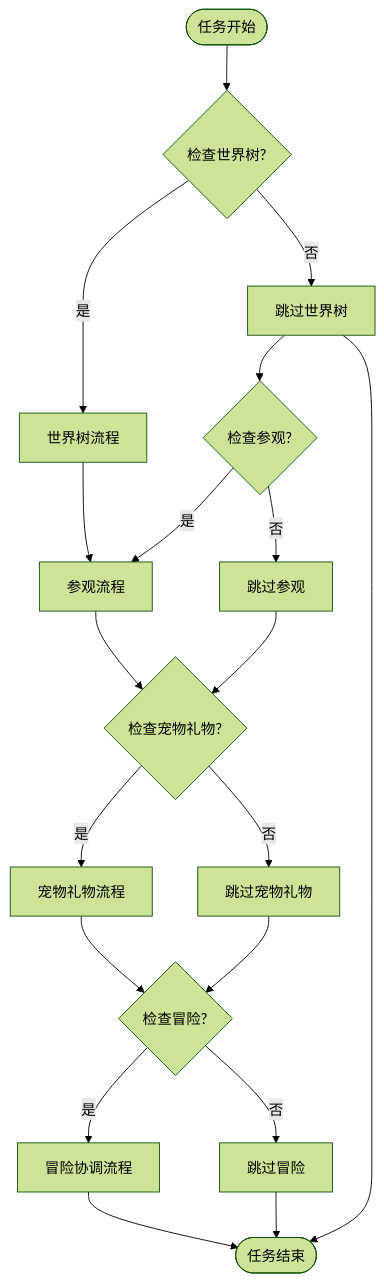
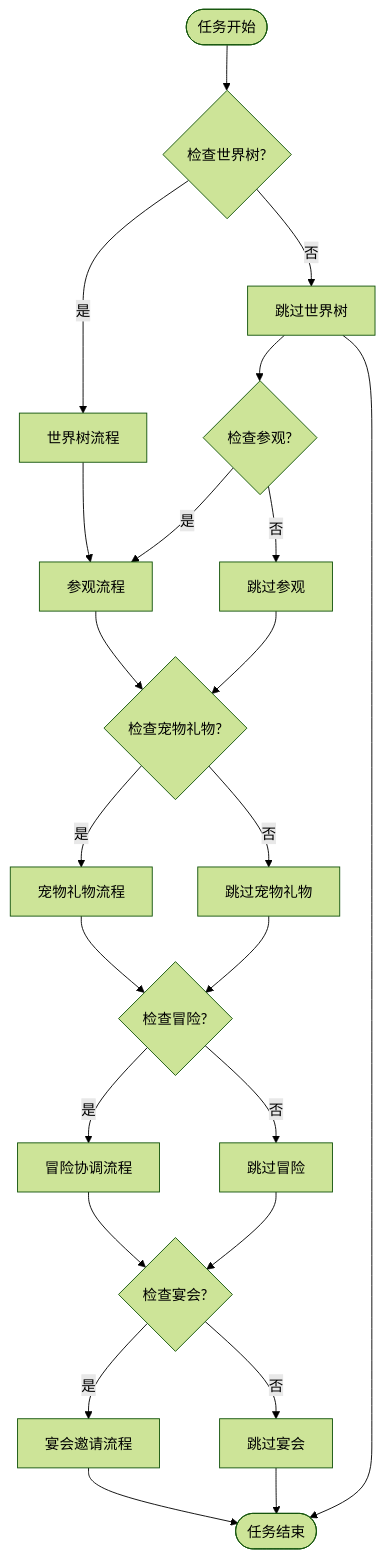
The sixth of 17 diagrams in .qoder/repowiki/zh/content/Daily Saint Tour Functionality.md (kqcoxn/MaaDuDuL), drawn with Mermaid (forest theme) before and after one commit. The commit also changed other lines of this file and 12 other files, not shown here.

````diff
--- a/.qoder/repowiki/zh/content/Daily Saint Tour Functionality.md
+++ b/.qoder/repowiki/zh/content/Daily Saint Tour Functionality.md
@@ -256,21 +260,25 @@
 ```mermaid
 flowchart TD
 Start([任务开始]) --> CheckWorldTree{检查世界树?}
 CheckWorldTree --> |是| WorldTreeFlow[世界树流程]
 CheckWorldTree --> |否| SkipWorldTree[跳过世界树]
 SkipWorldTree --> CheckVisit{检查参观?}
 WorldTreeFlow --> VisitFlow[参观流程]
 CheckVisit --> |是| VisitFlow
 CheckVisit --> |否| SkipVisit[跳过参观]
 SkipVisit --> CheckPet{检查宠物礼物?}
 VisitFlow --> CheckPet
 CheckPet --> |是| PetFlow[宠物礼物流程]
 CheckPet --> |否| SkipPet[跳过宠物礼物]
 SkipPet --> CheckAdventure{检查冒险?}
 PetFlow --> CheckAdventure
 CheckAdventure --> |是| AdventureFlow[冒险协调流程]
 CheckAdventure --> |否| SkipAdventure[跳过冒险]
-AdventureFlow --> End([任务结束])
-SkipAdventure --> End
+SkipAdventure --> CheckBanquet{检查宴会?}
+AdventureFlow --> CheckBanquet
+CheckBanquet --> |是| BanquetFlow[宴会邀请流程]
+CheckBanquet --> |否| SkipBanquet[跳过宴会]
+BanquetFlow --> End([任务结束])
+SkipBanquet --> End
 SkipWorldTree --> End
 ```
````
